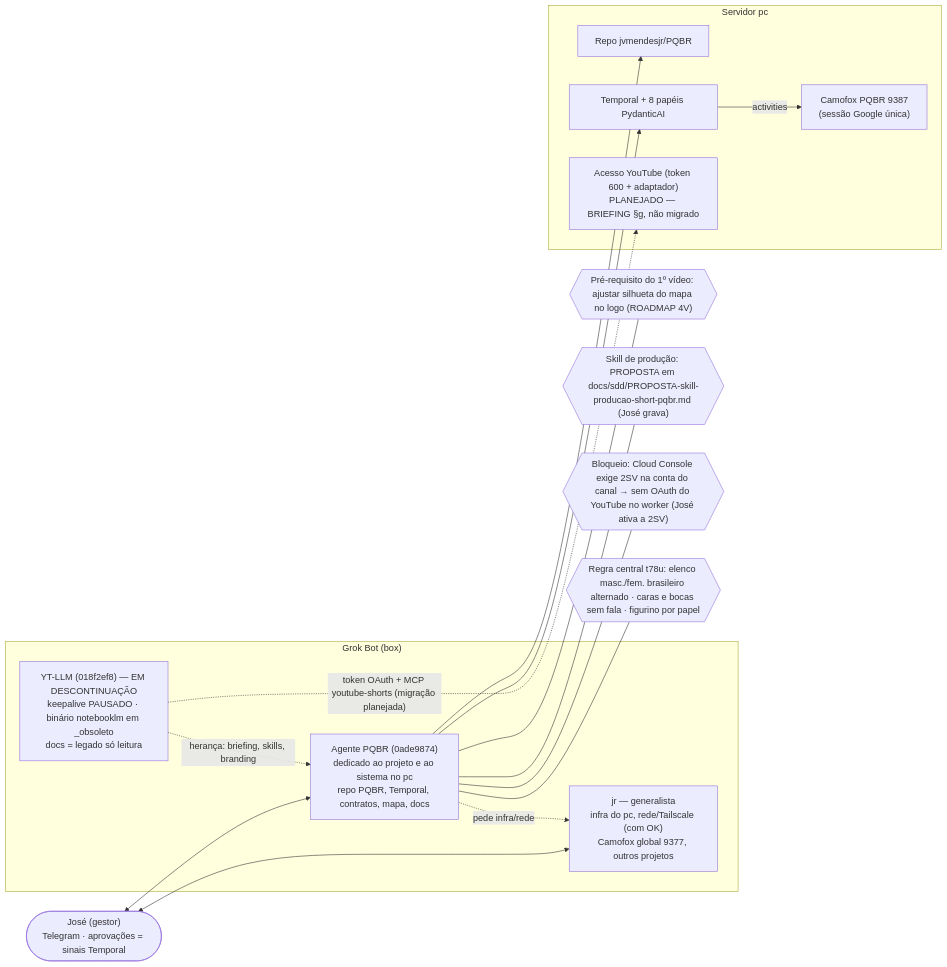
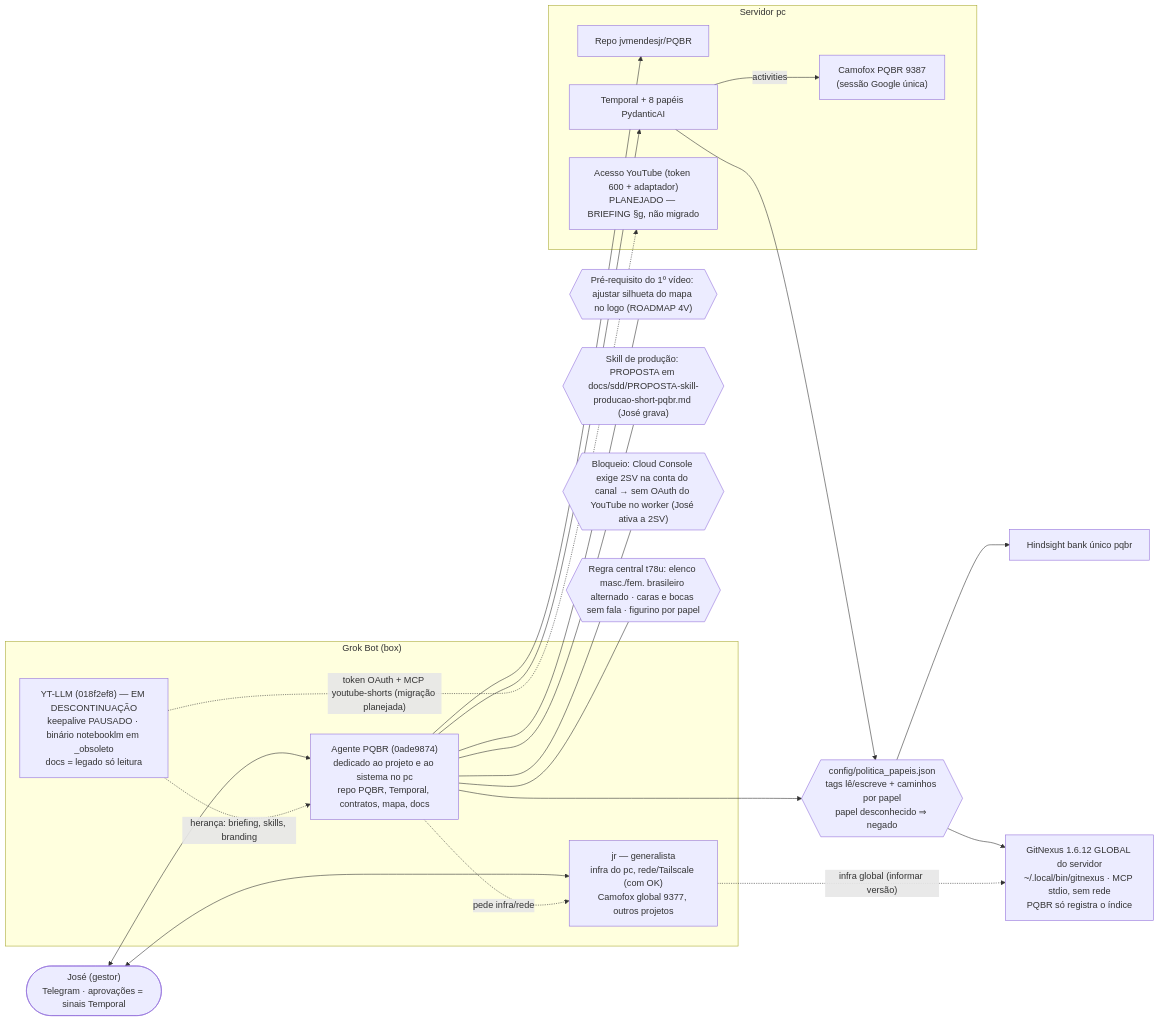
One commit to jvmendesjr/PQBR changed the diagram in docs/mapa/09-agentes-responsabilidades.mmd. Above: the diagram before and after it, drawn with Mermaid. The commit also changed 17 other files, not shown here.

Commit message:
t84u–t86u: política por papel (Hindsight bank único + GitNexus), GitNexus global como pré-requisito

```diff
--- a/docs/mapa/09-agentes-responsabilidades.mmd
+++ b/docs/mapa/09-agentes-responsabilidades.mmd
@@ -1,28 +1,36 @@
 %% Agentes e responsabilidades (t533–t535, José 24/10/2026). Decisão registrada; não é gerado do código.
 flowchart LR
   J(["José (gestor)<br/>Telegram · aprovações = sinais Temporal"])
   subgraph BOX["Grok Bot (box)"]
     JR["jr — generalista<br/>infra do pc, rede/Tailscale (com OK)<br/>Camofox global 9377, outros projetos"]
     AG["Agente PQBR (0ade9874)<br/>dedicado ao projeto e ao sistema no pc<br/>repo PQBR, Temporal, contratos, mapa, docs"]
     YT["YT-LLM (018f2ef8) — EM DESCONTINUAÇÃO<br/>keepalive PAUSADO · binário notebooklm em _obsoleto<br/>docs = legado só leitura"]
   end
   subgraph PC["Servidor pc"]
     REPO["Repo jvmendesjr/PQBR"]
     TMP["Temporal + 8 papéis PydanticAI"]
     CF["Camofox PQBR 9387<br/>(sessão Google única)"]
     YTA["Acesso YouTube (token 600 + adaptador)<br/>PLANEJADO — BRIEFING §g, não migrado"]
   end
   J <--> AG
   J <--> JR
   AG --> REPO & TMP
   TMP -->|activities| CF
   AG -. "pede infra/rede" .-> JR
   YT -. "herança: briefing, skills, branding" .-> AG
   YT -. "token OAuth + MCP youtube-shorts (migração planejada)" .-> YTA
   P1{{"Pré-requisito do 1º vídeo: ajustar silhueta do mapa no logo (ROADMAP 4V)"}}
   P2{{"Skill de produção: PROPOSTA em docs/sdd/PROPOSTA-skill-producao-short-pqbr.md (José grava)"}}
   AG --- P1 & P2
   %% t73u–t78u (26/10/2026)
   P3{{"Bloqueio: Cloud Console exige 2SV na conta do canal → sem OAuth do YouTube no worker (José ativa a 2SV)"}}
   P4{{"Regra central t78u: elenco masc./fem. brasileiro alternado · caras e bocas sem fala · figurino por papel"}}
   AG --- P3 & P4
+  %% t84u–t86u (26/10/2026)
+  GNX["GitNexus 1.6.12 GLOBAL do servidor<br/>~/.local/bin/gitnexus · MCP stdio, sem rede<br/>PQBR só registra o índice"]
+  HS["Hindsight bank único pqbr"]
+  POL{{"config/politica_papeis.json<br/>tags lê/escreve + caminhos por papel<br/>papel desconhecido ⇒ negado"}}
+  TMP --> POL
+  AG --> POL
+  POL --> HS & GNX
+  JR -. "infra global (informar versão)" .-> GNX
```
